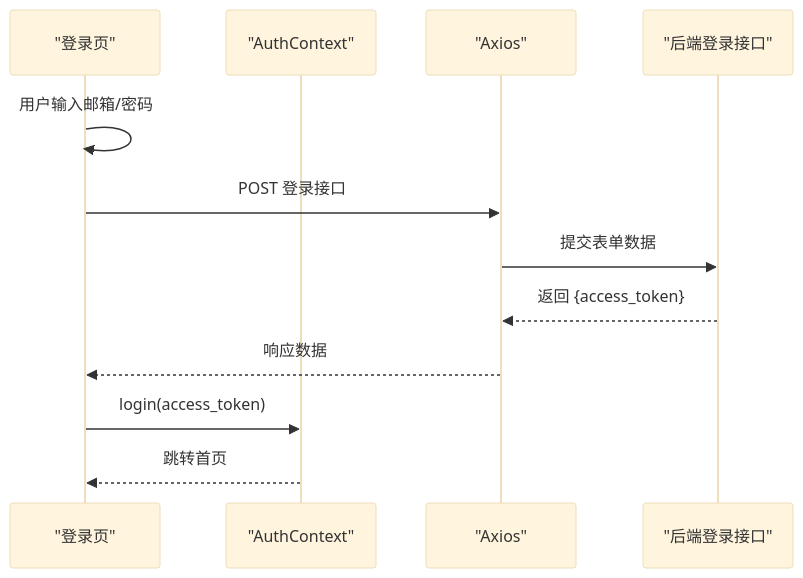
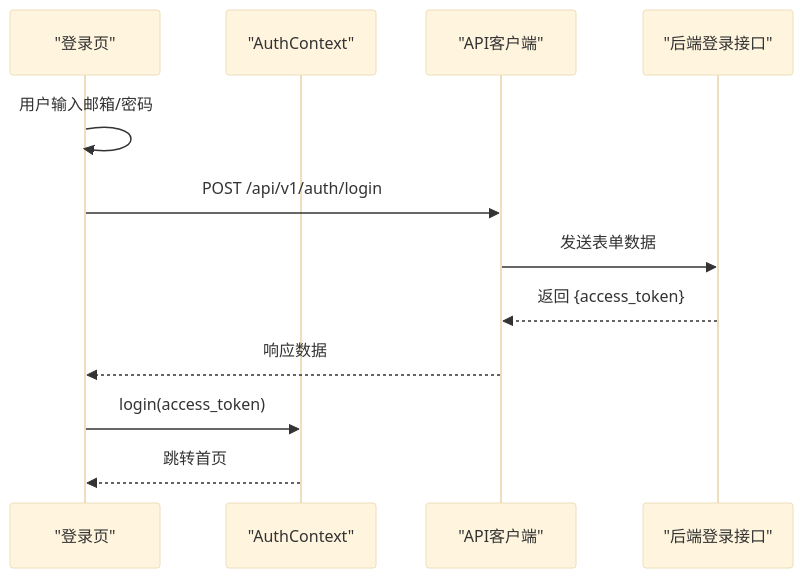
The fourth of 7 diagrams in .qoder/repowiki/zh/content/前端开发指南/前端开发指南.md (breeze-lyf/ai-stock-advisor), drawn with Mermaid (base theme) before and after one commit. The commit also changed other lines of this file and 52 other files, not shown here.

````diff
--- a/.qoder/repowiki/zh/content/前端开发指南/前端开发指南.md
+++ b/.qoder/repowiki/zh/content/前端开发指南/前端开发指南.md
@@ -184,14 +193,14 @@
 ```mermaid
 sequenceDiagram
 participant UI as "登录页"
 participant Auth as "AuthContext"
-participant Axios as "Axios"
+participant APIClient as "API客户端"
 participant API as "后端登录接口"
 UI->>UI : 用户输入邮箱/密码
-UI->>Axios : POST 登录接口
-Axios->>API : 提交表单数据
-API-->>Axios : 返回 {access_token}
-Axios-->>UI : 响应数据
+UI->>APIClient : POST /api/v1/auth/login
+APIClient->>API : 发送表单数据
+API-->>APIClient : 返回 {access_token}
+APIClient-->>UI : 响应数据
 UI->>Auth : login(access_token)
 Auth-->>UI : 跳转首页
 ```
````
